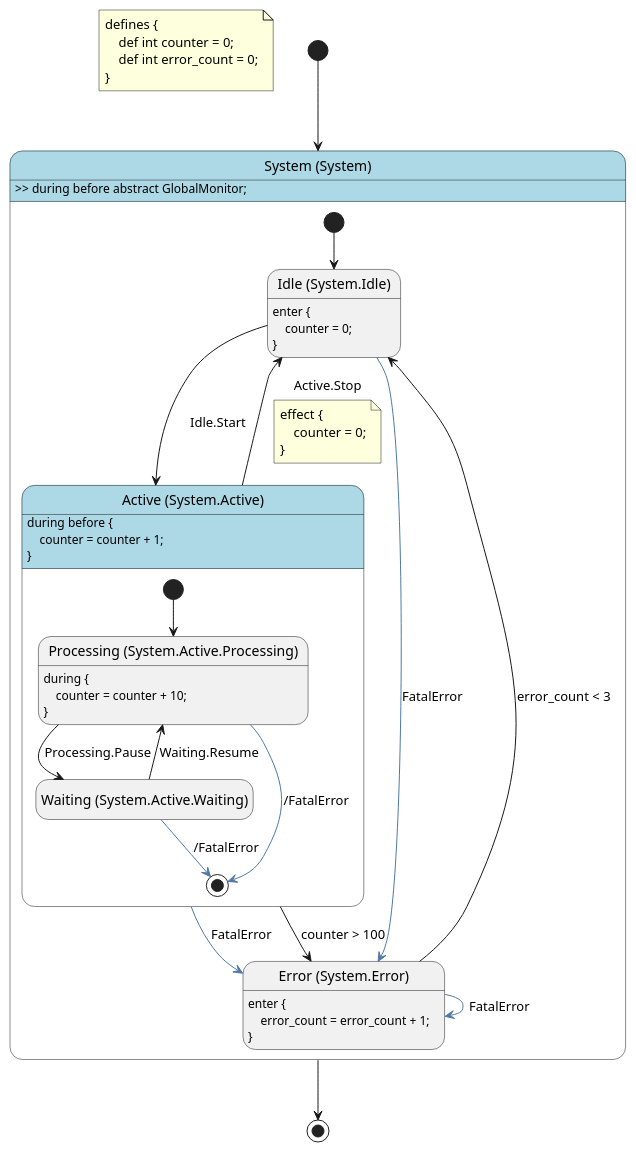
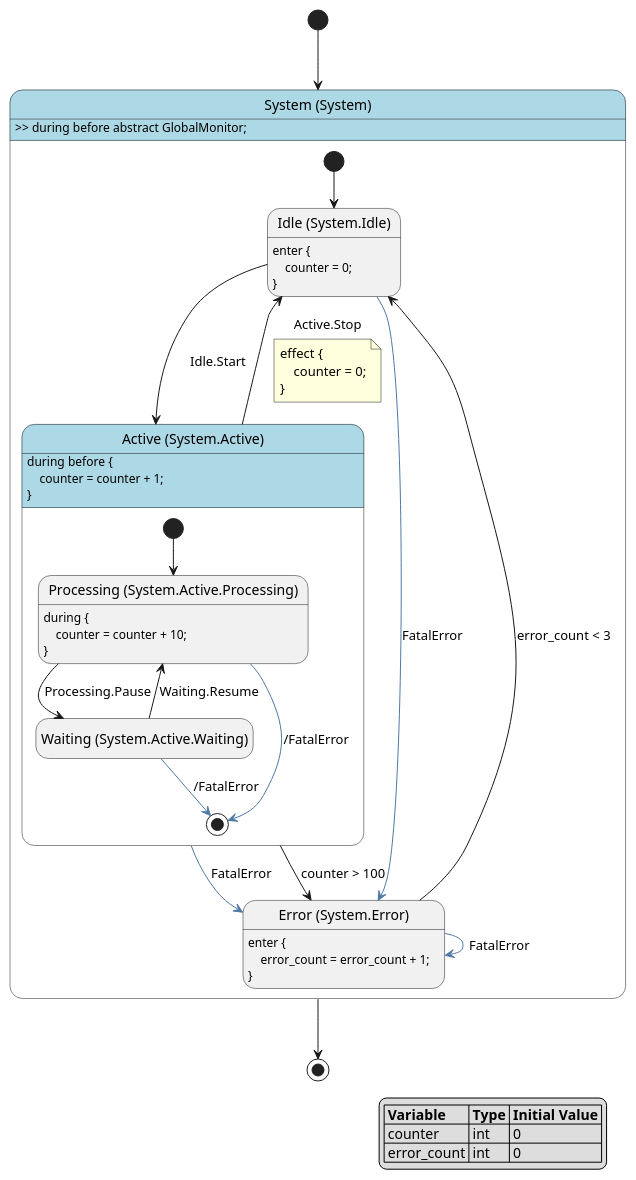
The diagram in docs/source/tutorials/visualization/output_advanced.puml (HansBug/pyfcstm), drawn with PlantUML before and after one commit. The commit also changed 52 other files, not shown here.

```diff
--- a/docs/source/tutorials/visualization/output_advanced.puml
+++ b/docs/source/tutorials/visualization/output_advanced.puml
@@ -1,51 +1,50 @@
 @startuml
 hide empty description
 
 skinparam state {
   BackgroundColor<<pseudo>> LightGray
   BackgroundColor<<composite>> LightBlue
   BorderColor<<pseudo>> Gray
   FontStyle<<pseudo>> italic
 }
 
-note as DefinitionNote
-defines {
-    def int counter = 0;
-    def int error_count = 0;
-}
-end note
+legend right
+|= Variable |= Type |= Initial Value |
+| counter | int | 0 |
+| error_count | int | 0 |
+endlegend
 
 state "System (System)" as system <<composite>> {
     state "Idle (System.Idle)" as system__idle
     system__idle : enter {\n    counter = 0;\n}
     state "Active (System.Active)" as system__active <<composite>> {
         state "Processing (System.Active.Processing)" as system__active__processing
         system__active__processing : during {\n    counter = counter + 10;\n}
         state "Waiting (System.Active.Waiting)" as system__active__waiting
         system__active__processing -[#4E79A7]-> [*] : /FatalError
         system__active__waiting -[#4E79A7]-> [*] : /FatalError
         [*] --> system__active__processing
         system__active__processing --> system__active__waiting : Processing.Pause
         system__active__waiting --> system__active__processing : Waiting.Resume
     }
     system__active : during before {\n    counter = counter + 1;\n}
     state "Error (System.Error)" as system__error
     system__error : enter {\n    error_count = error_count + 1;\n}
     system__idle -[#4E79A7]-> system__error : FatalError
     system__active -[#4E79A7]-> system__error : FatalError
     system__error -[#4E79A7]-> system__error : FatalError
     [*] --> system__idle
     system__idle --> system__active : Idle.Start
     system__active --> system__idle : Active.Stop
     note on link
     effect {
         counter = 0;
     }
     end note
     system__active --> system__error : counter > 100
     system__error --> system__idle : error_count < 3
 }
 system : >> during before abstract GlobalMonitor;
 [*] --> system
 system --> [*]
 @enduml
```
